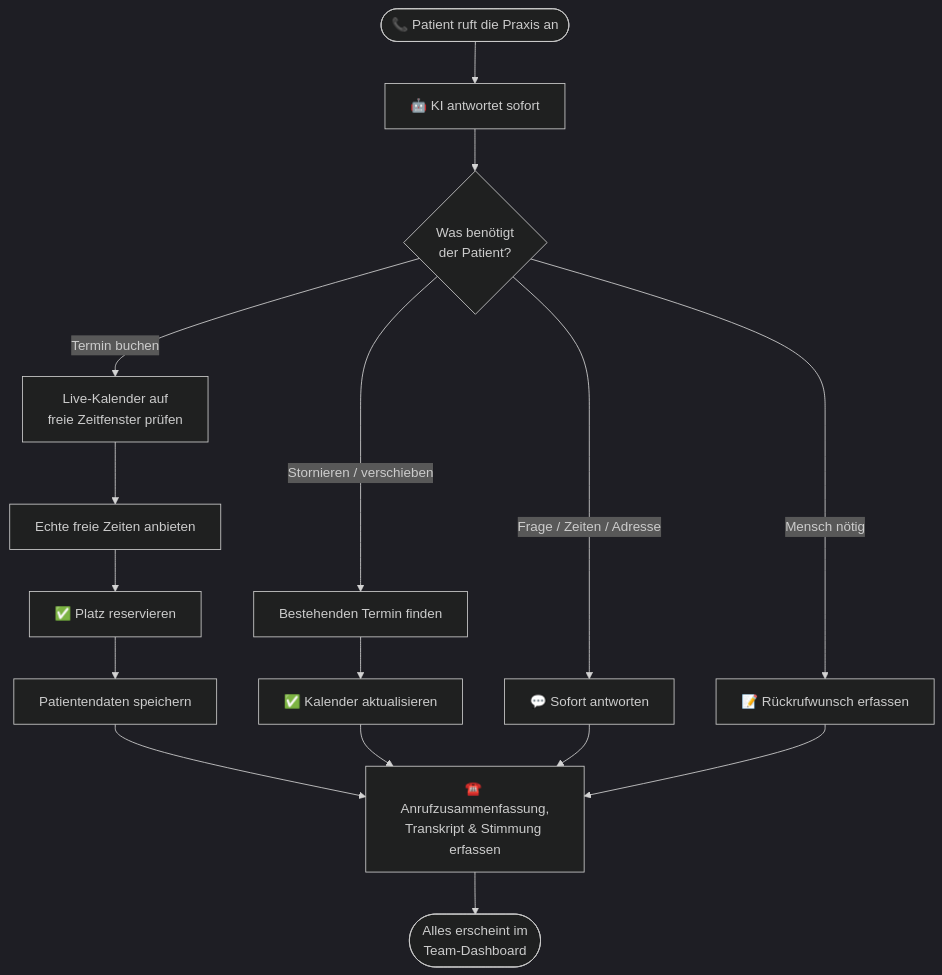
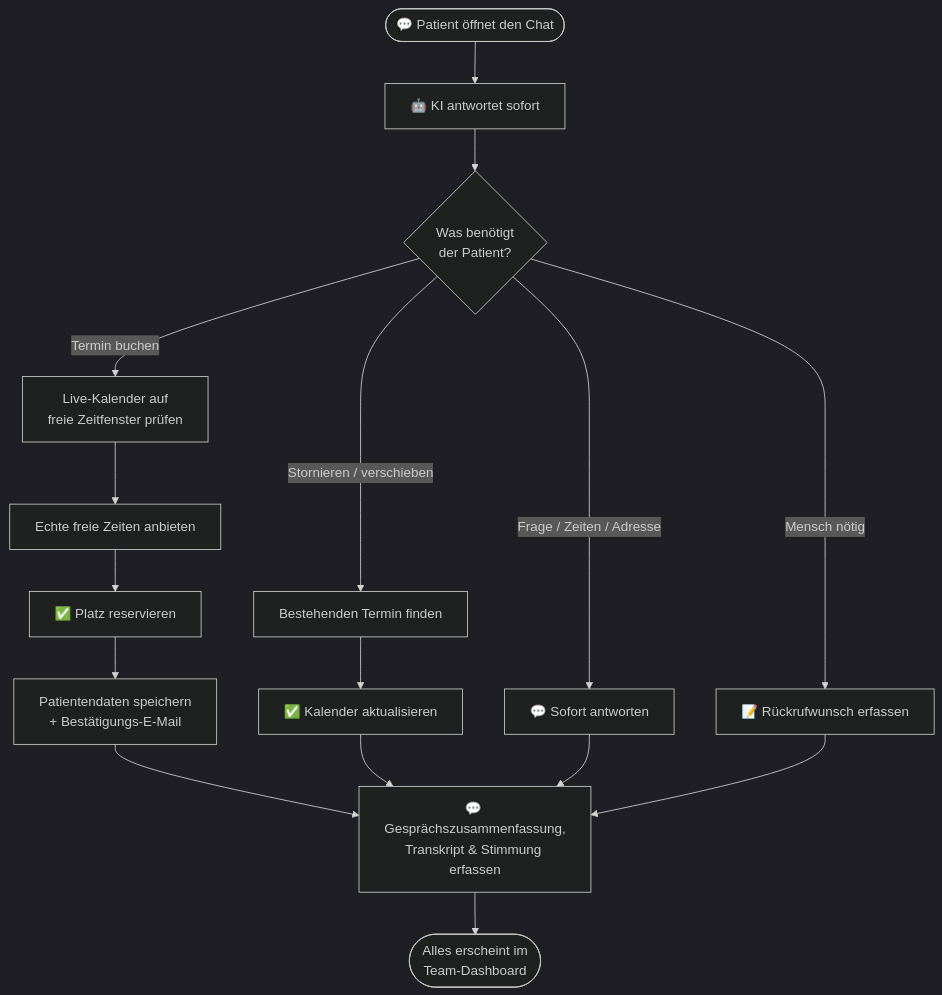
The second of 3 diagrams in docs/user-guide.de.md (hbela/sunshine-dental), drawn with Mermaid (dark theme) before and after one commit. The commit also changed other lines of this file and 103 other files, not shown here.

````diff
--- a/docs/user-guide.de.md
+++ b/docs/user-guide.de.md
@@ -77,23 +64,23 @@
 ```mermaid
 flowchart TD
-    Start([📞 Patient ruft die Praxis an]) --> Answer[🤖 KI antwortet sofort]
+    Start([💬 Patient öffnet den Chat]) --> Answer[🤖 KI antwortet sofort]
     Answer --> Intent{Was benötigt<br/>der Patient?}
 
     Intent -->|Termin buchen| Check[Live-Kalender auf<br/>freie Zeitfenster prüfen]
     Check --> Offer[Echte freie Zeiten anbieten]
     Offer --> Book[✅ Platz reservieren]
-    Book --> Capture[Patientendaten speichern]
+    Book --> Capture[Patientendaten speichern<br/>+ Bestätigungs-E-Mail]
 
     Intent -->|Stornieren / verschieben| Find[Bestehenden Termin finden]
     Find --> Update[✅ Kalender aktualisieren]
 
     Intent -->|Frage / Zeiten / Adresse| Answer2[💬 Sofort antworten]
 
     Intent -->|Mensch nötig| Callback[📝 Rückrufwunsch erfassen]
 
-    Capture --> Log[☎️ Anrufzusammenfassung,<br/>Transkript & Stimmung erfassen]
+    Capture --> Log[💬 Gesprächszusammenfassung,<br/>Transkript & Stimmung erfassen]
     Update --> Log
     Answer2 --> Log
     Callback --> Log
     Log --> Done([Alles erscheint im<br/>Team-Dashboard])
 ```
````
